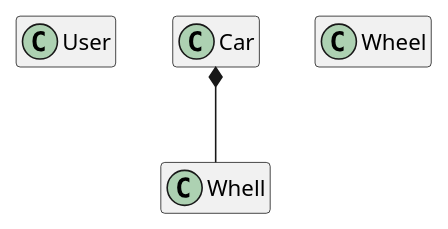
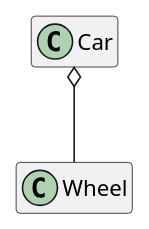
One commit to wicksome/TIL changed the third of 9 diagrams in plantuml/README.adoc. Above: the diagram before and after it, drawn with PlantUML. The commit also changed other lines of this file, not shown here.

```diff
--- a/plantuml/README.adoc
+++ b/plantuml/README.adoc
@@ -223,13 +223,12 @@
 [plantuml]
 ....
 @startuml
 hide empty field
 hide empty method
 
-class User
 class Car
 class Wheel
 
-Car *-- Whell
+Car o-- Wheel
 @enduml
 ....
```
